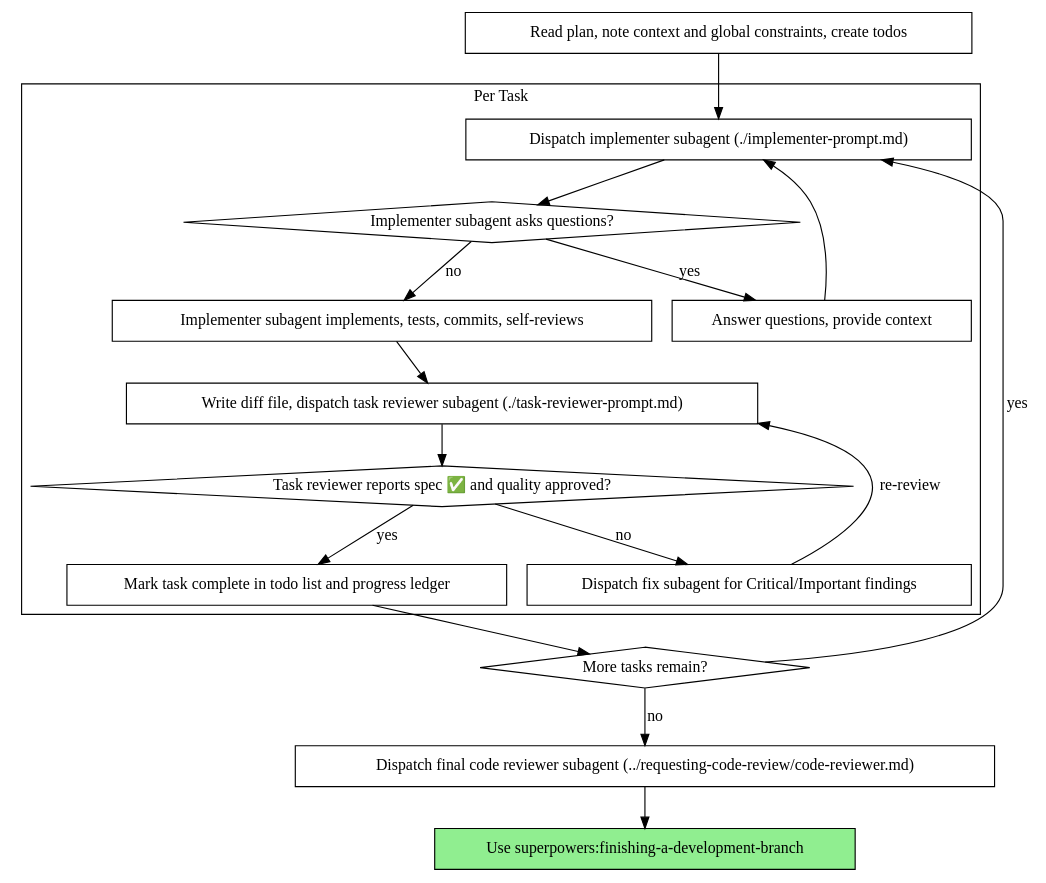
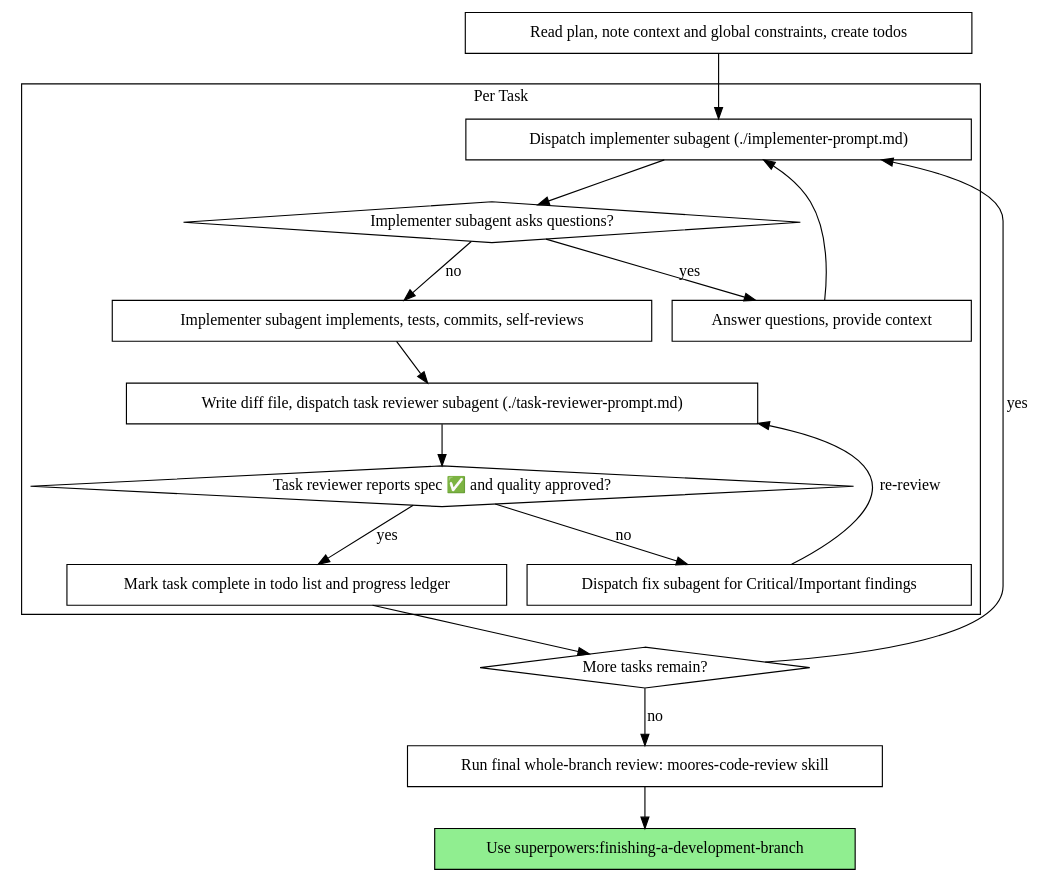
Before and after one commit to moorestech/moorestech: the second of 2 diagrams in .claude/skills/subagent-driven-development/SKILL.md, drawn with Graphviz. The commit also changed other lines of this file and 36 other files, not shown here.

````diff
--- a/.claude/skills/subagent-driven-development/SKILL.md
+++ b/.claude/skills/subagent-driven-development/SKILL.md
@@ -47,37 +47,37 @@
 ```dot
 digraph process {
     rankdir=TB;
 
     subgraph cluster_per_task {
         label="Per Task";
         "Dispatch implementer subagent (./implementer-prompt.md)" [shape=box];
         "Implementer subagent asks questions?" [shape=diamond];
         "Answer questions, provide context" [shape=box];
         "Implementer subagent implements, tests, commits, self-reviews" [shape=box];
         "Write diff file, dispatch task reviewer subagent (./task-reviewer-prompt.md)" [shape=box];
         "Task reviewer reports spec ✅ and quality approved?" [shape=diamond];
         "Dispatch fix subagent for Critical/Important findings" [shape=box];
         "Mark task complete in todo list and progress ledger" [shape=box];
     }
 
     "Read plan, note context and global constraints, create todos" [shape=box];
     "More tasks remain?" [shape=diamond];
-    "Dispatch final code reviewer subagent (../requesting-code-review/code-reviewer.md)" [shape=box];
+    "Run final whole-branch review: moores-code-review skill" [shape=box];
     "Use superpowers:finishing-a-development-branch" [shape=box style=filled fillcolor=lightgreen];
 
     "Read plan, note context and global constraints, create todos" -> "Dispatch implementer subagent (./implementer-prompt.md)";
     "Dispatch implementer subagent (./implementer-prompt.md)" -> "Implementer subagent asks questions?";
     "Implementer subagent asks questions?" -> "Answer questions, provide context" [label="yes"];
     "Answer questions, provide context" -> "Dispatch implementer subagent (./implementer-prompt.md)";
     "Implementer subagent asks questions?" -> "Implementer subagent implements, tests, commits, self-reviews" [label="no"];
     "Implementer subagent implements, tests, commits, self-reviews" -> "Write diff file, dispatch task reviewer subagent (./task-reviewer-prompt.md)";
     "Write diff file, dispatch task reviewer subagent (./task-reviewer-prompt.md)" -> "Task reviewer reports spec ✅ and quality approved?";
     "Task reviewer reports spec ✅ and quality approved?" -> "Dispatch fix subagent for Critical/Important findings" [label="no"];
     "Dispatch fix subagent for Critical/Important findings" -> "Write diff file, dispatch task reviewer subagent (./task-reviewer-prompt.md)" [label="re-review"];
     "Task reviewer reports spec ✅ and quality approved?" -> "Mark task complete in todo list and progress ledger" [label="yes"];
     "Mark task complete in todo list and progress ledger" -> "More tasks remain?";
     "More tasks remain?" -> "Dispatch implementer subagent (./implementer-prompt.md)" [label="yes"];
-    "More tasks remain?" -> "Dispatch final code reviewer subagent (../requesting-code-review/code-reviewer.md)" [label="no"];
-    "Dispatch final code reviewer subagent (../requesting-code-review/code-reviewer.md)" -> "Use superpowers:finishing-a-development-branch";
+    "More tasks remain?" -> "Run final whole-branch review: moores-code-review skill" [label="no"];
+    "Run final whole-branch review: moores-code-review skill" -> "Use superpowers:finishing-a-development-branch";
 }
 ```
````
